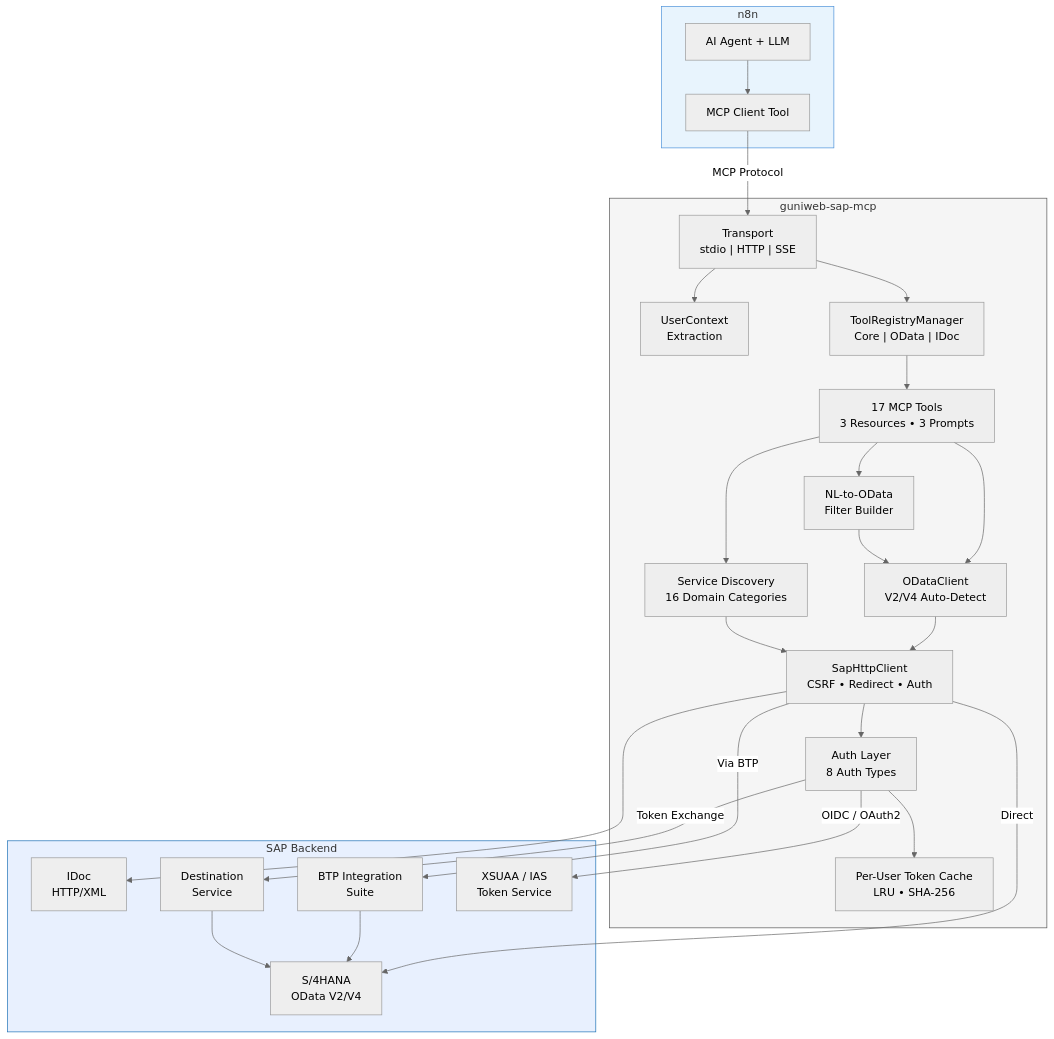
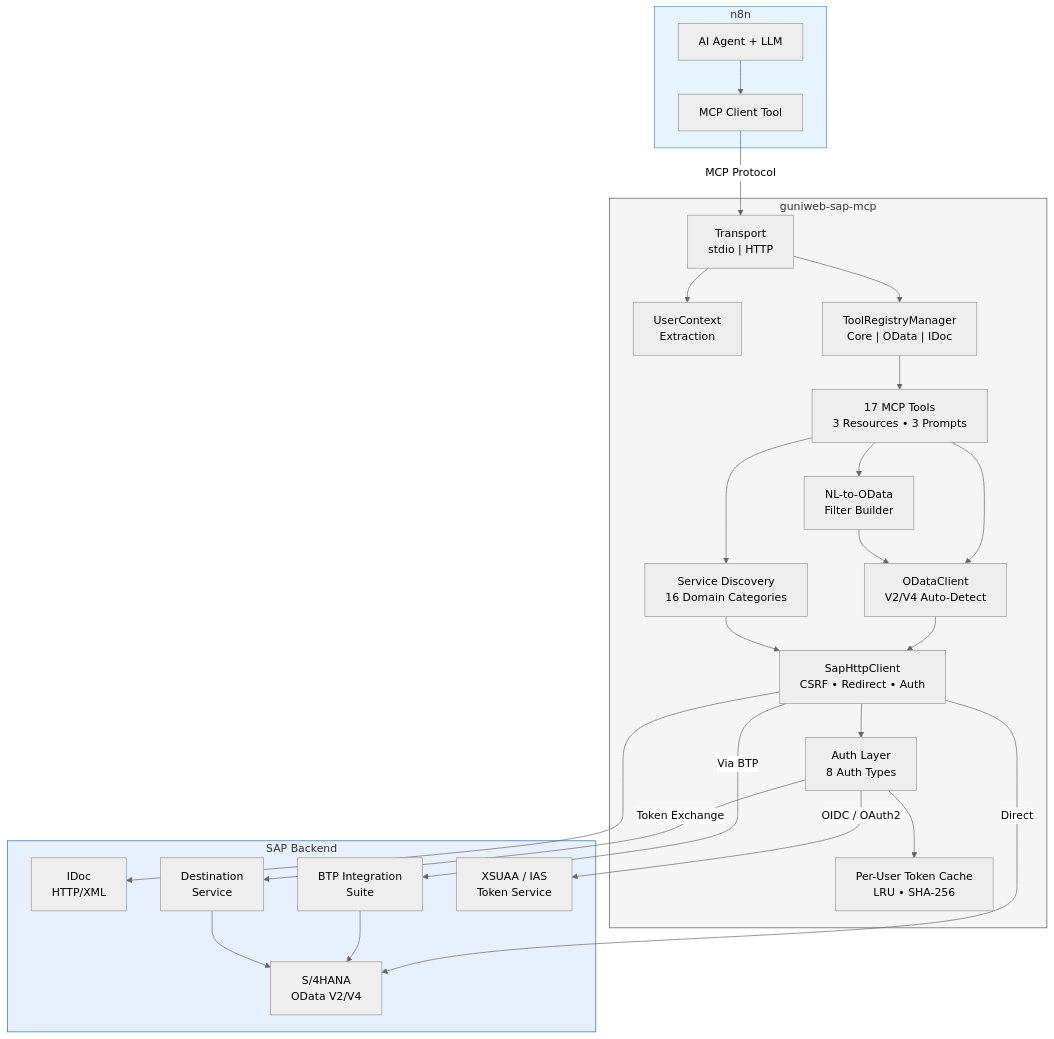
One commit to guniweb/guniweb-sap-mcp changed the third of 5 diagrams in README.md. Above: the diagram before and after it, drawn with Mermaid (neutral theme). The commit also changed other lines of this file and 5 other files, not shown here.

````diff
--- a/README.md
+++ b/README.md
@@ -404,54 +404,54 @@
 ```mermaid
 graph TB
     subgraph n8n["n8n"]
         Agent["AI Agent + LLM"]
         MCPClient["MCP Client Tool"]
         Agent --> MCPClient
     end
 
     subgraph Server["guniweb-sap-mcp"]
-        Transport["Transport<br/>stdio | HTTP | SSE"]
+        Transport["Transport<br/>stdio | HTTP"]
         UserCtx["UserContext<br/>Extraction"]
         Registry["ToolRegistryManager<br/>Core | OData | IDoc"]
         Tools["17 MCP Tools<br/>3 Resources &bull; 3 Prompts"]
         OData["ODataClient<br/>V2/V4 Auto-Detect"]
         Discovery["Service Discovery<br/>16 Domain Categories"]
         NLQuery["NL-to-OData<br/>Filter Builder"]
         HTTP["SapHttpClient<br/>CSRF &bull; Redirect &bull; Auth"]
         Auth["Auth Layer<br/>8 Auth Types"]
         Cache["Per-User Token Cache<br/>LRU &bull; SHA-256"]
 
         Transport --> UserCtx
         Transport --> Registry
         Registry --> Tools
         Tools --> OData
         Tools --> Discovery
         Tools --> NLQuery
         OData --> HTTP
         Discovery --> HTTP
         NLQuery --> OData
         HTTP --> Auth
         Auth --> Cache
     end
 
     subgraph SAP["SAP Backend"]
         S4["S/4HANA<br/>OData V2/V4"]
         IDoc["IDoc<br/>HTTP/XML"]
         BTPSuite["BTP Integration<br/>Suite"]
         DestSvc["Destination<br/>Service"]
         TokenSvc["XSUAA / IAS<br/>Token Service"]
     end
 
     MCPClient -->|MCP Protocol| Transport
     HTTP -->|Direct| S4
     HTTP -->|Via BTP| BTPSuite
     BTPSuite --> S4
     HTTP --> IDoc
     Auth -->|Token Exchange| DestSvc
     Auth -->|OIDC / OAuth2| TokenSvc
     DestSvc --> S4
 
     style n8n fill:#e8f4fd,stroke:#4a90d9
     style Server fill:#f5f5f5,stroke:#555
     style SAP fill:#e8f0fe,stroke:#1a6fb5
 ```
````
